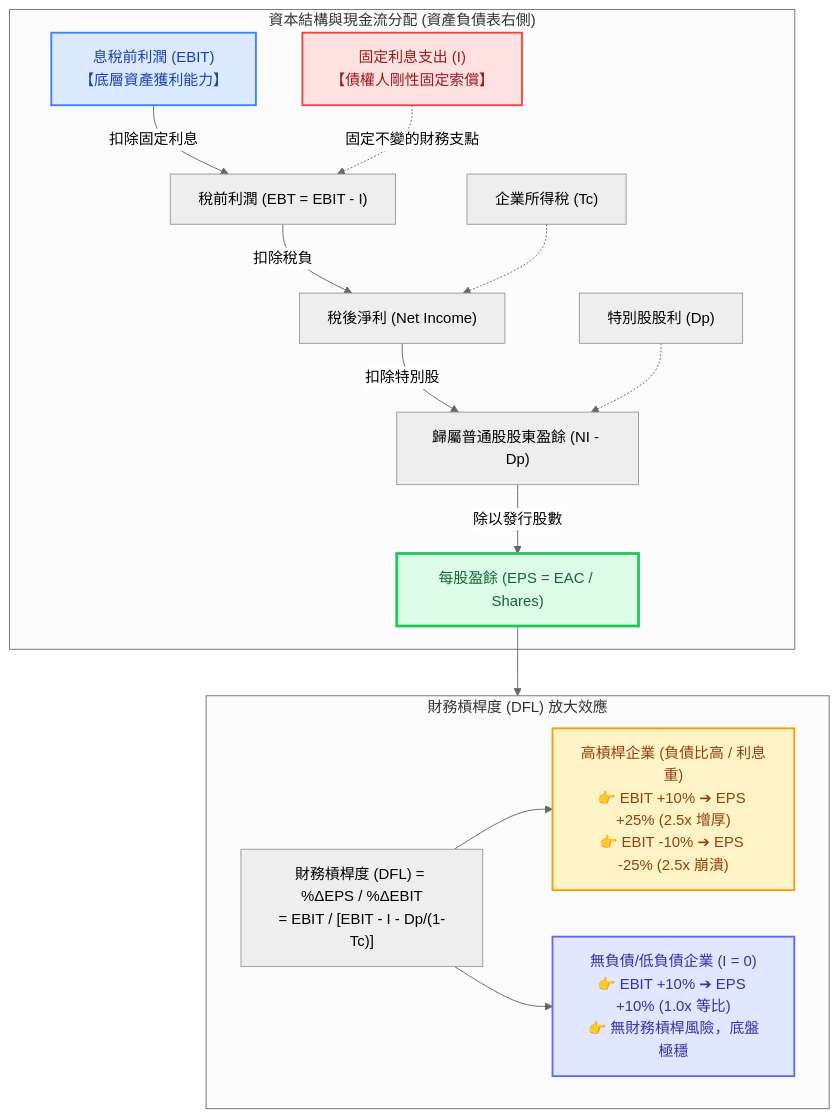
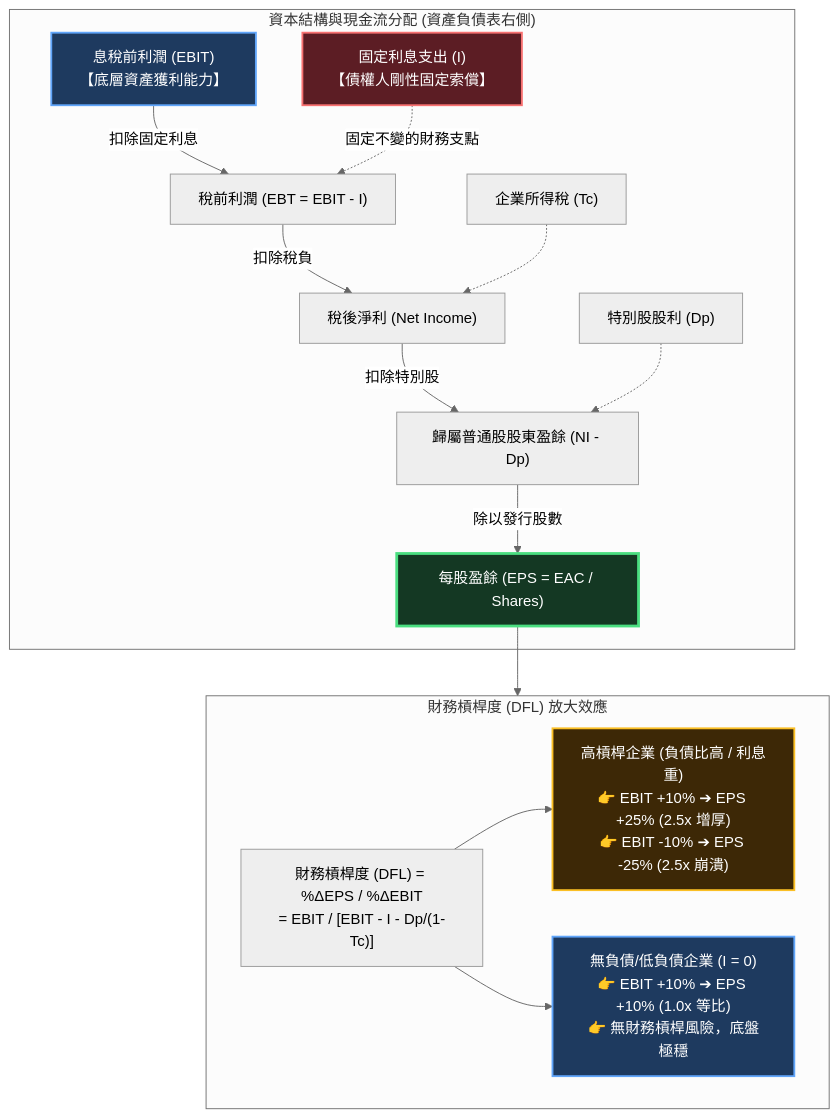
The diagram in src/site/notes/98_商業概念庫/financial-leverage_財務槓桿.md (Jimlin0428/my-digital-garden), drawn with Mermaid (neutral theme) before and after one commit. The commit also changed 58 other files, not shown here.

````diff
--- a/src/site/notes/98_商業概念庫/financial-leverage_財務槓桿.md
+++ b/src/site/notes/98_商業概念庫/financial-leverage_財務槓桿.md
@@ -26,38 +26,38 @@
 ```mermaid
 flowchart TD
     subgraph Capital_Structure ["資本結構與現金流分配 (資產負債表右側)"]
         EBIT["息稅前利潤 (EBIT)<br>【底層資產獲利能力】"]
         Interest["固定利息支出 (I)<br>【債權人剛性固定索償】"]
         EBT["稅前利潤 (EBT = EBIT - I)"]
         Tax["企業所得稅 (Tc)"]
         NI["稅後淨利 (Net Income)"]
         Div_P["特別股股利 (Dp)"]
         EAC["歸屬普通股股東盈餘 (NI - Dp)"]
         EPS_Node["每股盈餘 (EPS = EAC / Shares)"]
 
         EBIT -->|扣除固定利息| EBT
         Interest -.->|固定不變的財務支點| EBT
         EBT -->|扣除稅負| NI
         Tax -.-> NI
         NI -->|扣除特別股| EAC
         Div_P -.-> EAC
         EAC -->|除以發行股數| EPS_Node
     end
 
     subgraph DFL_Mechanism ["財務槓桿度 (DFL) 放大效應"]
         DFL_Formula["財務槓桿度 (DFL) = %ΔEPS / %ΔEBIT<br>= EBIT / [EBIT - I - Dp/(1-Tc)]"]
         High_DFL["高槓桿企業 (負債比高 / 利息重)<br>👉 EBIT +10% ➔ EPS +25% (2.5x 增厚)<br>👉 EBIT -10% ➔ EPS -25% (2.5x 崩潰)"]
         Low_DFL["無負債/低負債企業 (I = 0)<br>👉 EBIT +10% ➔ EPS +10% (1.0x 等比)<br>👉 無財務槓桿風險，底盤極穩"]
 
         DFL_Formula --> High_DFL
         DFL_Formula --> Low_DFL
     end
 
     EPS_Node --> DFL_Mechanism
 
-    style EBIT fill:#dbeafe,stroke:#3b82f6,stroke-width:2px,color:#1e40af
-    style Interest fill:#fee2e2,stroke:#ef4444,stroke-width:2px,color:#991b1b
-    style EPS_Node fill:#dcfce7,stroke:#22c55e,stroke-width:3px,color:#166534
-    style High_DFL fill:#fef3c7,stroke:#f59e0b,stroke-width:2px,color:#92400e
-    style Low_DFL fill:#e0e7ff,stroke:#6366f1,stroke-width:2px,color:#3730a3
+    style EBIT fill:#1e3a5f,stroke:#60a5fa,stroke-width:2px,color:#ffffff
+    style Interest fill:#5c1d24,stroke:#f87171,stroke-width:2px,color:#ffffff
+    style EPS_Node fill:#143823,stroke:#4ade80,stroke-width:3px,color:#ffffff
+    style High_DFL fill:#3d2806,stroke:#fbbf24,stroke-width:2px,color:#ffffff
+    style Low_DFL fill:#1e3a5f,stroke:#60a5fa,stroke-width:2px,color:#ffffff
 ```
````
